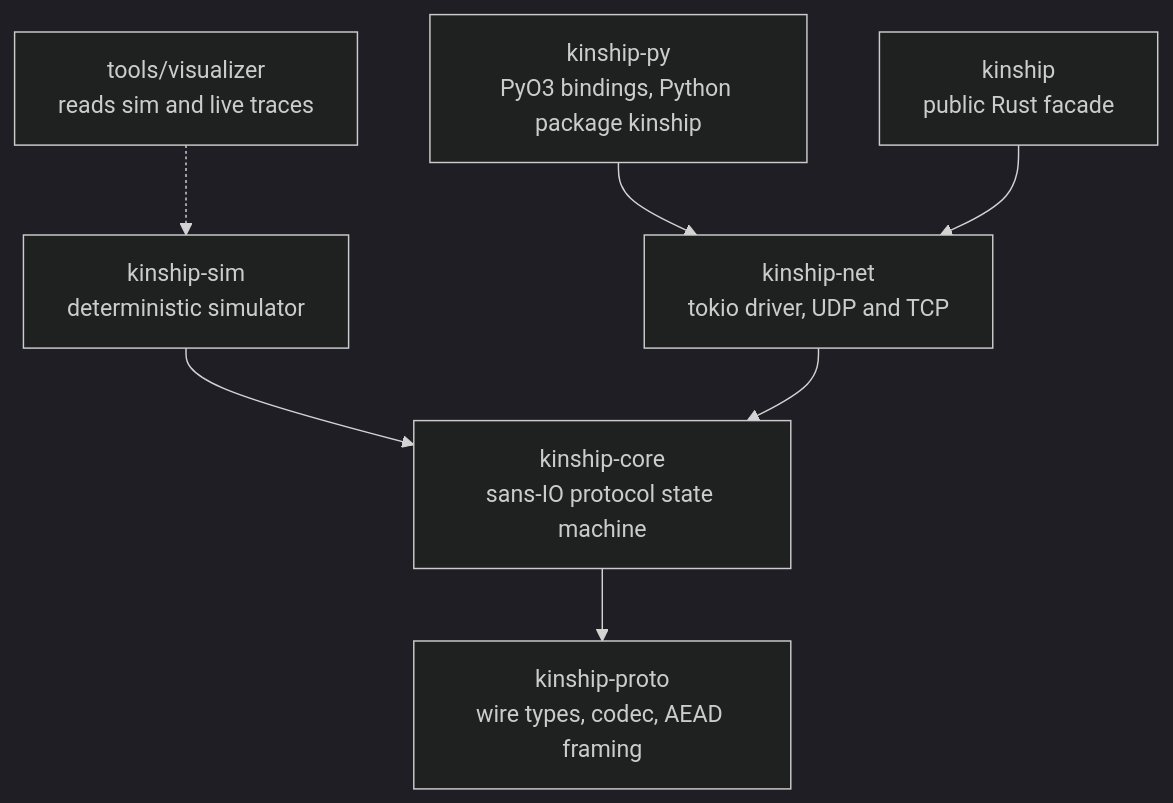
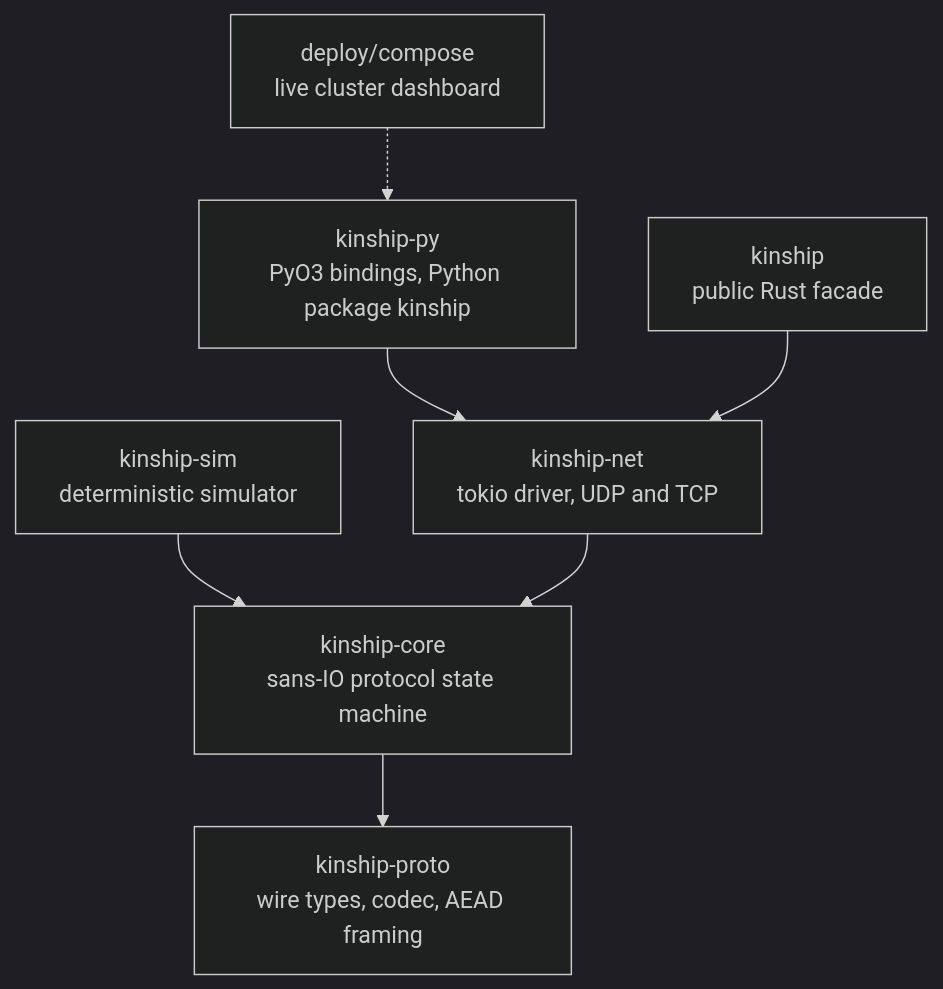
One commit to bytevader/kinship changed the first of 10 diagrams in docs/design.md. Above: the diagram before and after it, drawn with Mermaid (dark theme). The commit also changed other lines of this file and 5 other files, not shown here.

````diff
--- a/docs/design.md
+++ b/docs/design.md
@@ -23,16 +23,16 @@
 ```mermaid
 flowchart TD
     proto[kinship-proto<br/>wire types, codec, AEAD framing]
     core[kinship-core<br/>sans-IO protocol state machine]
     sim[kinship-sim<br/>deterministic simulator]
     net[kinship-net<br/>tokio driver, UDP and TCP]
     py[kinship-py<br/>PyO3 bindings, Python package kinship]
     facade[kinship<br/>public Rust facade]
-    viz[tools/visualizer<br/>reads sim and live traces]
+    viz[deploy/compose<br/>live cluster dashboard]
     core --> proto
     sim --> core
     net --> core
     py --> net
     facade --> net
-    viz -.-> sim
+    viz -.-> py
 ```
````
